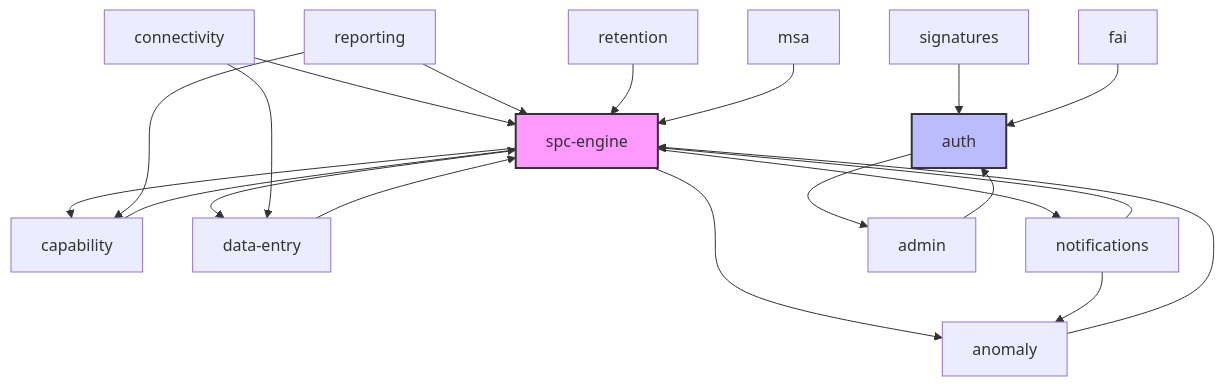
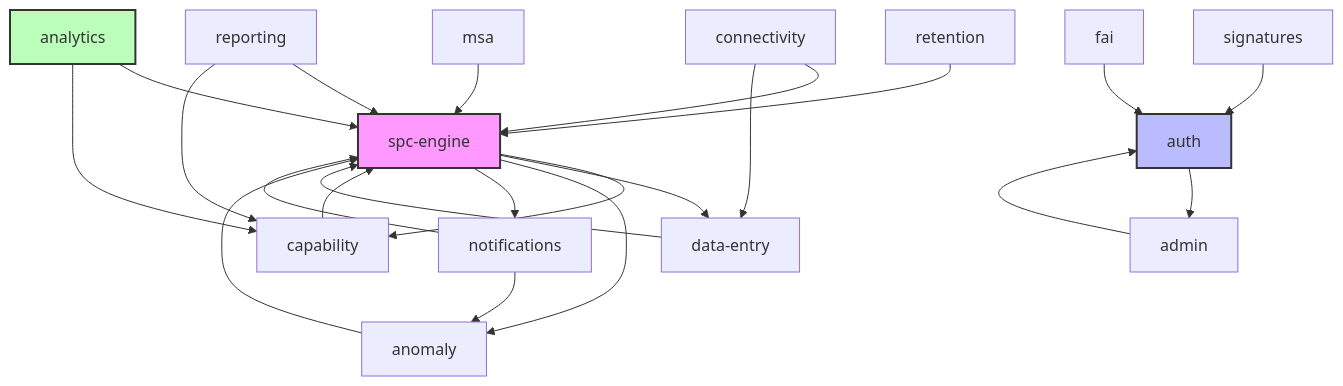
Before and after one commit to saturnis-io/cassini: the first of 4 diagrams in .knowledge/ARCHITECTURE.md, drawn with Mermaid. The commit also changed other lines of this file and 16 other files, not shown here.

First line of the commit message:
knowledge-graph: regenerate

````diff
--- a/.knowledge/ARCHITECTURE.md
+++ b/.knowledge/ARCHITECTURE.md
@@ -7,25 +7,28 @@
 ```mermaid
 flowchart TD
     SPC[spc-engine] --> CAP[capability]
     SPC --> DE[data-entry]
     SPC --> AN[anomaly]
     SPC --> NOT[notifications]
     DE --> SPC
     CONN[connectivity] --> SPC
     CONN --> DE
     CAP --> SPC
     REP[reporting] --> SPC
     REP --> CAP
     SIG[signatures] --> AUTH[auth]
     AUTH --> ADM[admin]
     ADM --> AUTH
     RET[retention] --> SPC
     MSA[msa] --> SPC
     FAI[fai] --> AUTH
     AN --> SPC
     NOT --> SPC
     NOT --> AN
+    ANALYTICS[analytics] --> SPC
+    ANALYTICS --> CAP
 
     style SPC fill:#f9f,stroke:#333,stroke-width:2px
     style AUTH fill:#bbf,stroke:#333,stroke-width:2px
+    style ANALYTICS fill:#bfb,stroke:#333,stroke-width:2px
 ```
````
